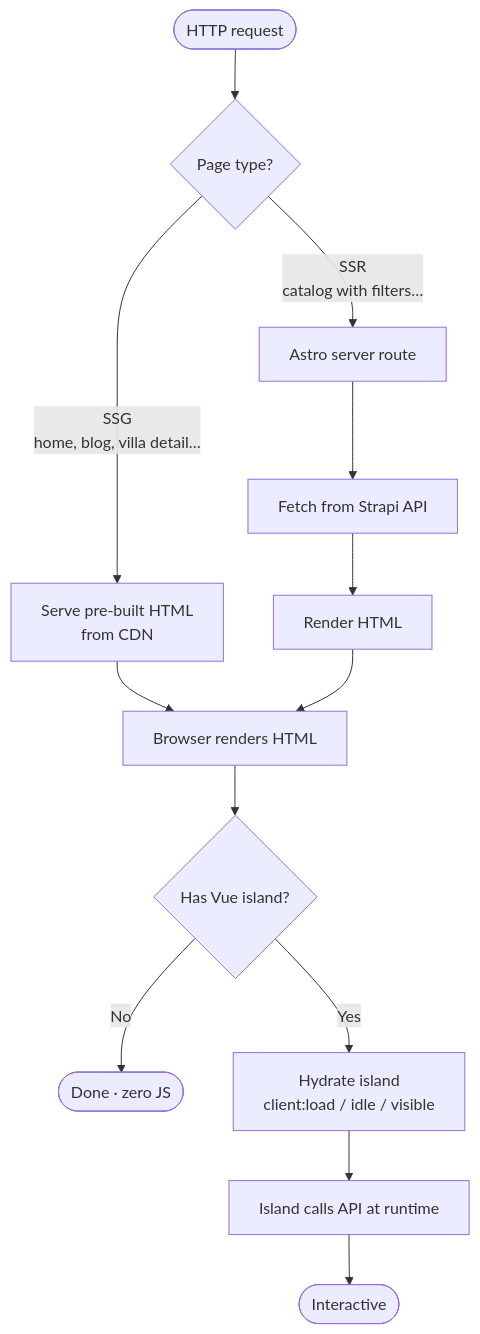
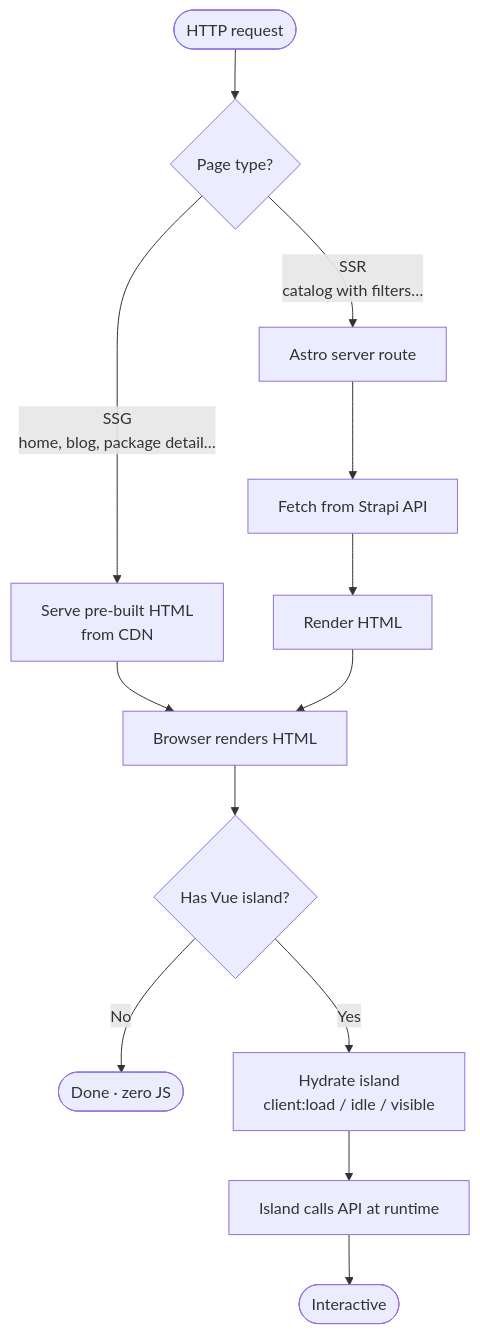
The third of 9 diagrams in docs/flows.md (AnggaWikaNugraha/fullstack-company-profile), drawn with Mermaid before and after one commit. The commit also changed other lines of this file and 6 other files, not shown here.

````diff
--- a/docs/flows.md
+++ b/docs/flows.md
@@ -89,18 +91,18 @@
 ```mermaid
 flowchart TD
     Req(["HTTP request"]) --> Type{"Page type?"}
 
-    Type -- "SSG<br/>home, blog, villa detail…" --> Static["Serve pre-built HTML<br/>from CDN"]
+    Type -- "SSG<br/>home, blog, package detail…" --> Static["Serve pre-built HTML<br/>from CDN"]
     Type -- "SSR<br/>catalog with filters…" --> SSR["Astro server route"]
     SSR --> Fetch["Fetch from Strapi API"]
     Fetch --> Render["Render HTML"]
 
     Static --> Browser["Browser renders HTML"]
     Render --> Browser
 
     Browser --> Island{"Has Vue island?"}
     Island -- "No" --> Done(["Done · zero JS"])
     Island -- "Yes" --> Hydrate["Hydrate island<br/>client:load / idle / visible"]
     Hydrate --> Live["Island calls API at runtime"]
     Live --> Done2(["Interactive"])
 ```
````
